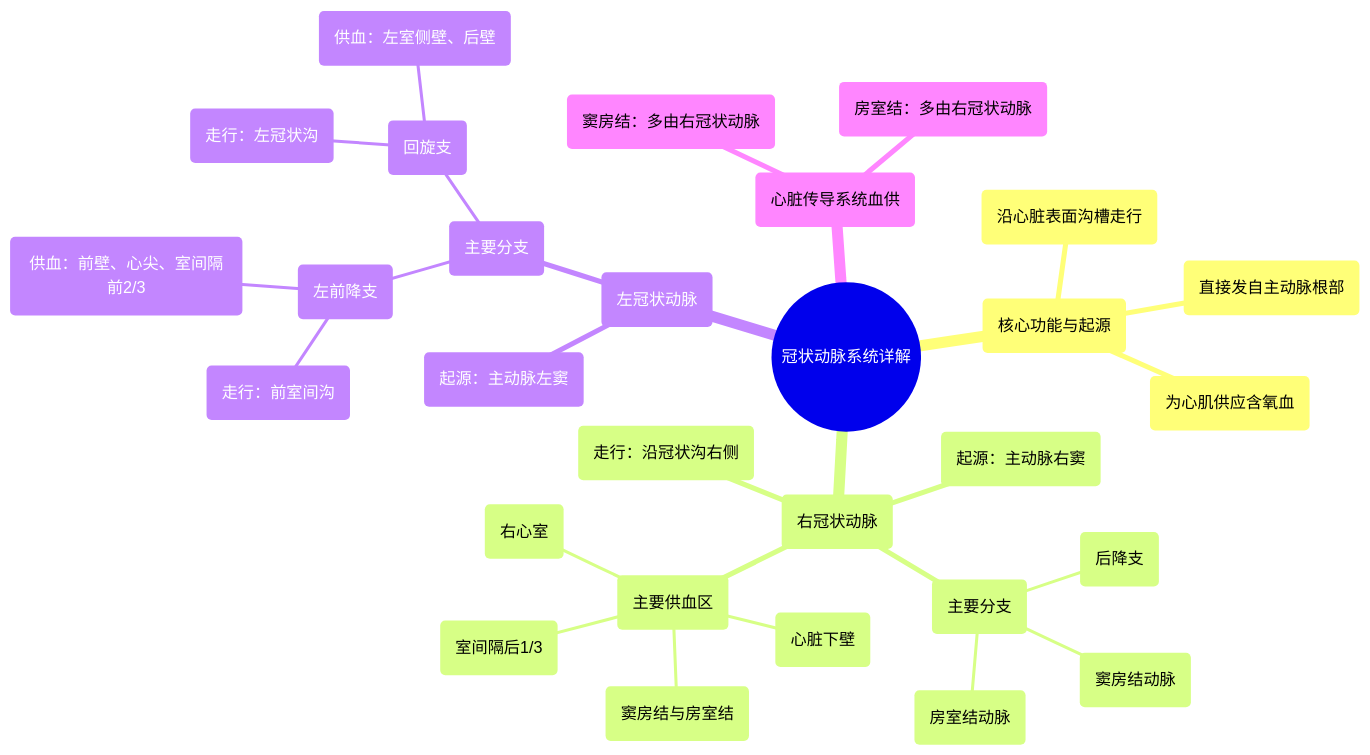
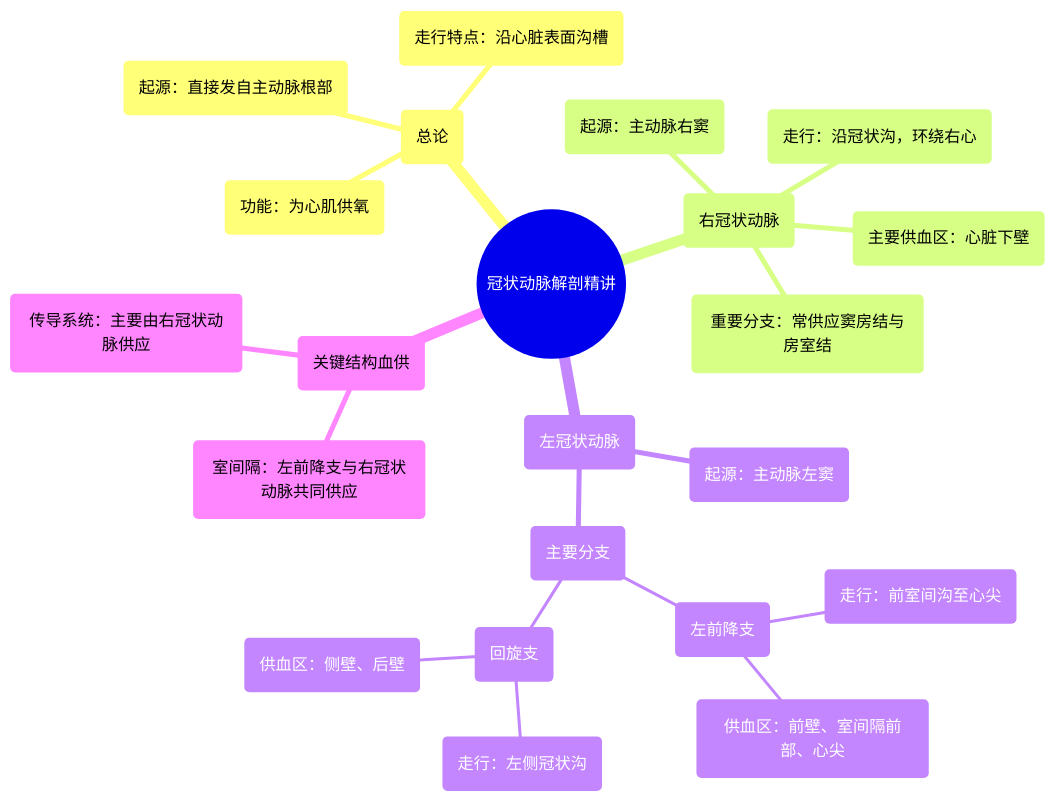
The diagram in docs/专辑 01：心脏解剖学实景课 (Heart Anatomy - Course)/15 360 video - Coronary Arteries - Explained in Mixed Reality.md (hello-47777/xinxueguan), drawn with Mermaid before and after one commit. The commit also changed other lines of this file and 414 other files, not shown here.

````diff
--- a/docs/专辑 01：心脏解剖学实景课 (Heart Anatomy - Course)/15 360 video - Coronary Arteries - Explained in Mixed Reality.md
+++ b/docs/专辑 01：心脏解剖学实景课 (Heart Anatomy - Course)/15 360 video - Coronary Arteries - Explained in Mixed Reality.md
@@ -55,32 +52,25 @@
 ```mermaid
 mindmap
-  root(("冠状动脉系统详解"))
-    ("核心功能与起源")
-      ("为心肌供应含氧血")
-      ("直接发自主动脉根部")
-      ("沿心脏表面沟槽走行")
+  root(("冠状动脉解剖精讲"))
+    ("总论")
+      ("功能：为心肌供氧")
+      ("起源：直接发自主动脉根部")
+      ("走行特点：沿心脏表面沟槽")
     ("右冠状动脉")
       ("起源：主动脉右窦")
-      ("走行：沿冠状沟右侧")
-      ("主要分支")
-        ("窦房结动脉")
-        ("房室结动脉")
-        ("后降支")
-      ("主要供血区")
-        ("右心室")
-        ("心脏下壁")
-        ("室间隔后1/3")
-        ("窦房结与房室结")
+      ("走行：沿冠状沟，环绕右心")
+      ("主要供血区：心脏下壁")
+      ("重要分支：常供应窦房结与房室结")
     ("左冠状动脉")
       ("起源：主动脉左窦")
       ("主要分支")
         ("左前降支")
-          ("走行：前室间沟")
-          ("供血：前壁、心尖、室间隔前2/3")
+          ("走行：前室间沟至心尖")
+          ("供血区：前壁、室间隔前部、心尖")
         ("回旋支")
-          ("走行：左冠状沟")
-          ("供血：左室侧壁、后壁")
-    ("心脏传导系统血供")
-      ("窦房结：多由右冠状动脉")
-      ("房室结：多由右冠状动脉")
+          ("走行：左侧冠状沟")
+          ("供血区：侧壁、后壁")
+    ("关键结构血供")
+      ("室间隔：左前降支与右冠状动脉共同供应")
+      ("传导系统：主要由右冠状动脉供应")
 ```
````
